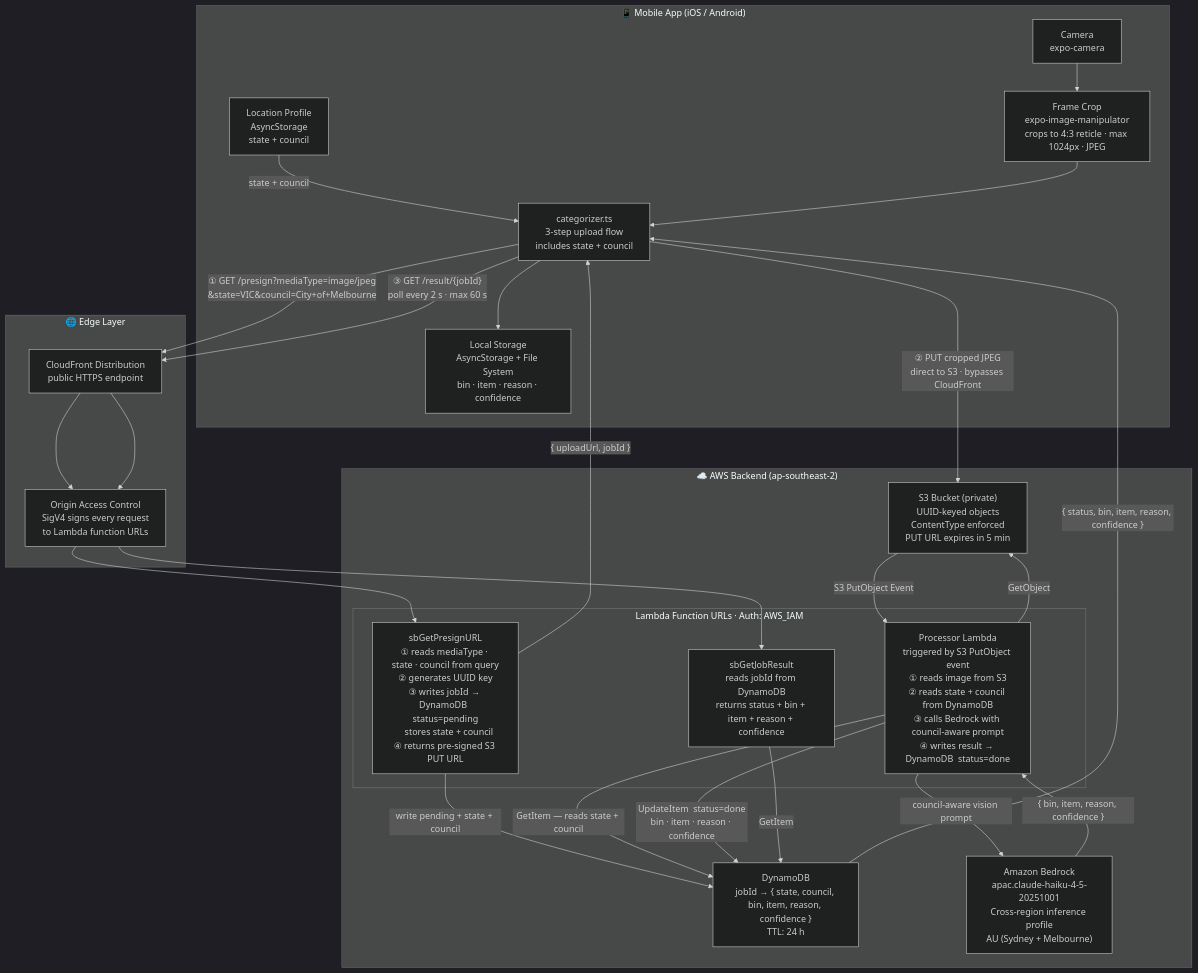
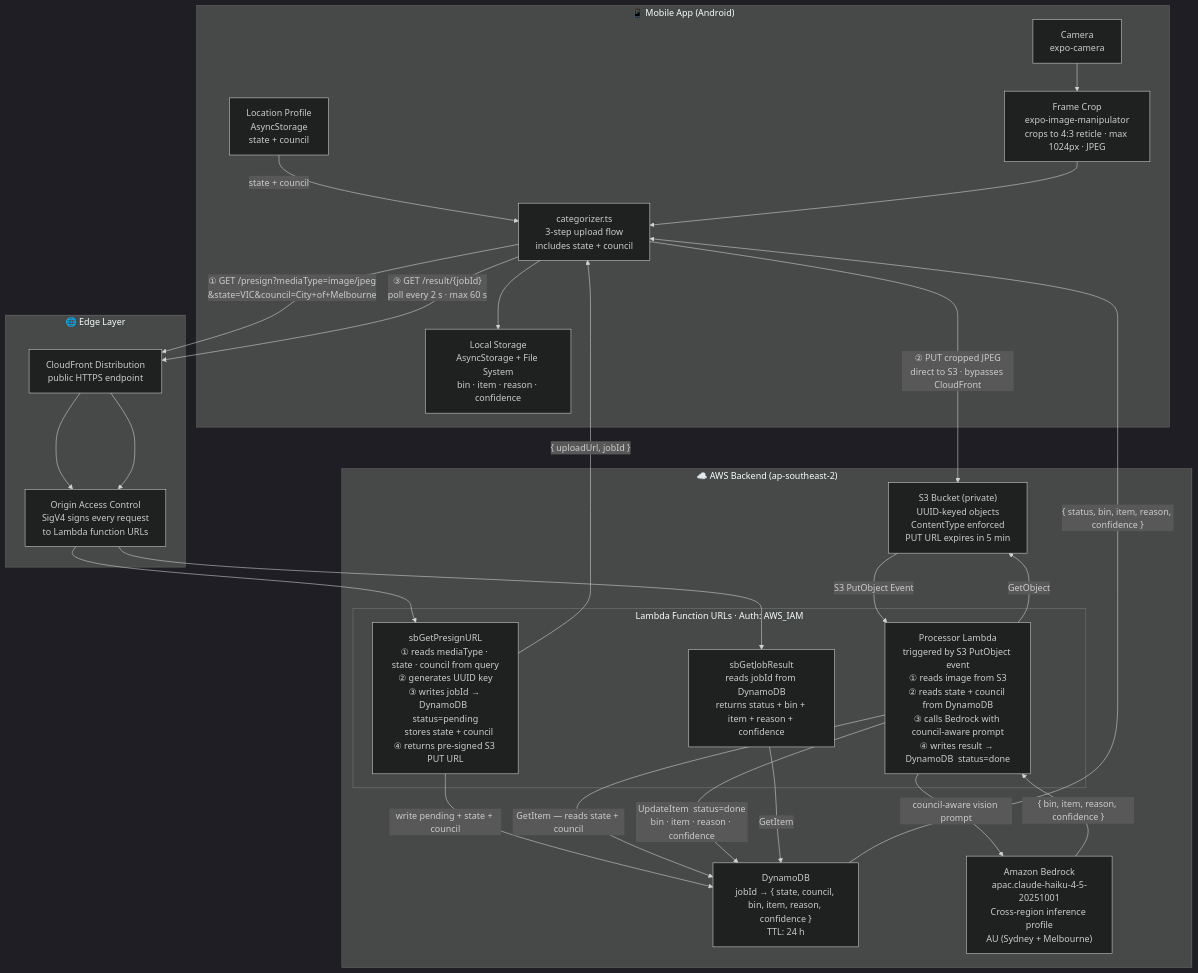
Before and after one commit to websaleem/SecureBin: the first of 3 diagrams in README.md, drawn with Mermaid (dark theme). The commit also changed other lines of this file and 6 other files, not shown here.

````diff
--- a/README.md
+++ b/README.md
@@ -9,51 +9,51 @@
 ```mermaid
 flowchart TD
-    subgraph App["📱 Mobile App (iOS / Android)"]
+    subgraph App["📱 Mobile App (Android)"]
         Camera["Camera\nexpo-camera"]
         Crop["Frame Crop\nexpo-image-manipulator\ncrops to 4:3 reticle · max 1024px · JPEG"]
         Cat["categorizer.ts\n3-step upload flow\nincludes state + council"]
         Store["Local Storage\nAsyncStorage + File System\nbin · item · reason · confidence"]
         Location["Location Profile\nAsyncStorage\nstate + council"]
     end
 
     subgraph Edge["🌐 Edge Layer"]
         CF["CloudFront Distribution\npublic HTTPS endpoint"]
         OAC["Origin Access Control\nSigV4 signs every request\nto Lambda function URLs"]
     end
 
     subgraph Backend["☁️ AWS Backend  (ap-southeast-2)"]
         subgraph Fns["Lambda Function URLs  ·  Auth: AWS_IAM"]
             PLambda["sbGetPresignURL\n① reads mediaType · state · council from query\n② generates UUID key\n③ writes jobId → DynamoDB  status=pending\n   stores state + council\n④ returns pre-signed S3 PUT URL"]
             RLambda["sbGetJobResult\nreads jobId from DynamoDB\nreturns status + bin + item + reason + confidence"]
             ProcLambda["Processor Lambda\ntriggered by S3 PutObject event\n① reads image from S3\n② reads state + council from DynamoDB\n③ calls Bedrock with council-aware prompt\n④ writes result → DynamoDB  status=done"]
         end
 
         S3["S3 Bucket  (private)\nUUID-keyed objects\nContentType enforced\nPUT URL expires in 5 min"]
         DDB["DynamoDB\njobId → { state, council, bin, item, reason, confidence }\nTTL: 24 h"]
         Bedrock["Amazon Bedrock\napac.claude-haiku-4-5-20251001\nCross-region inference profile\nAU (Sydney + Melbourne)"]
     end
 
     Location -->|"state + council"| Cat
     Camera --> Crop --> Cat
 
     Cat -->|"① GET /presign?mediaType=image/jpeg\n&state=VIC&council=City+of+Melbourne"| CF
     CF --> OAC --> PLambda
     PLambda -->|"write pending + state + council"| DDB
     PLambda -->|"{ uploadUrl, jobId }"| Cat
 
     Cat -->|"② PUT cropped JPEG\ndirect to S3 · bypasses CloudFront"| S3
 
     S3 -->|"S3 PutObject Event"| ProcLambda
     ProcLambda -->|"GetObject"| S3
     ProcLambda -->|"GetItem — reads state + council"| DDB
     ProcLambda -->|"council-aware vision prompt"| Bedrock
     Bedrock -->|"{ bin, item, reason, confidence }"| ProcLambda
     ProcLambda -->|"UpdateItem  status=done\nbin · item · reason · confidence"| DDB
 
     Cat -->|"③ GET /result/{jobId}\npoll every 2 s · max 60 s"| CF
     CF --> OAC --> RLambda
     RLambda -->|"GetItem"| DDB
     DDB -->|"{ status, bin, item, reason, confidence }"| Cat
 
     Cat --> Store
 ```
````
